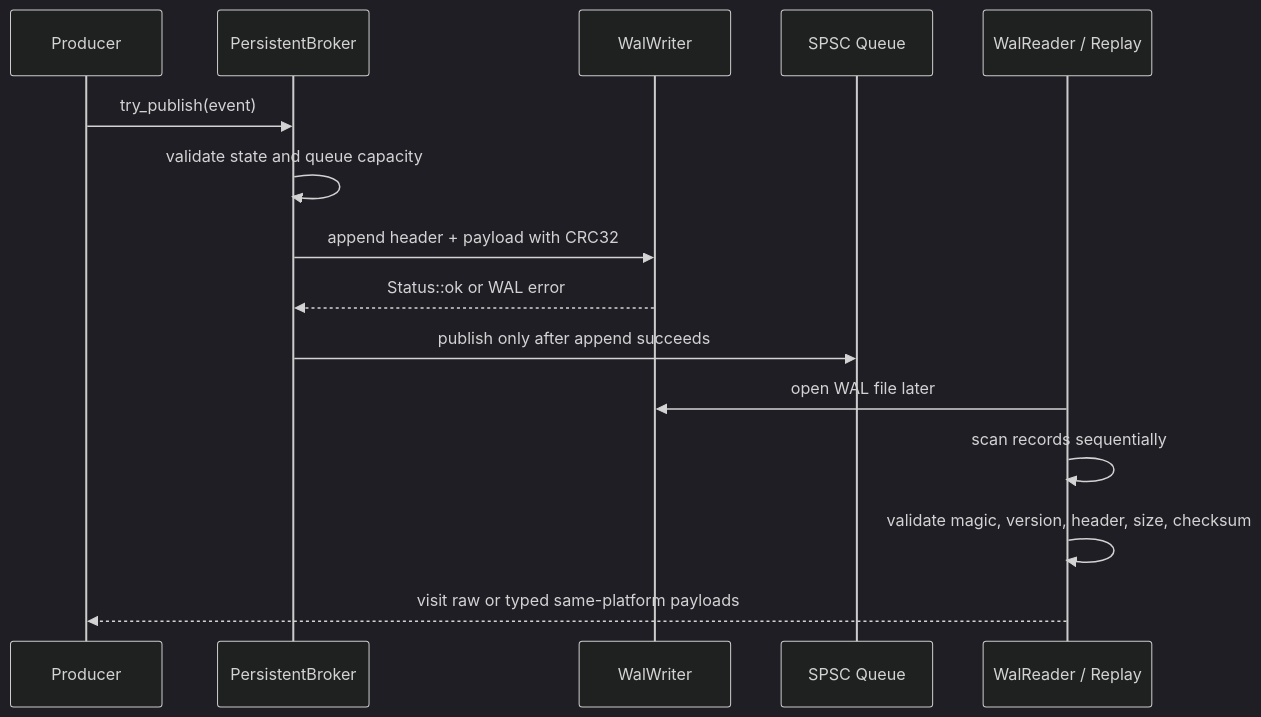
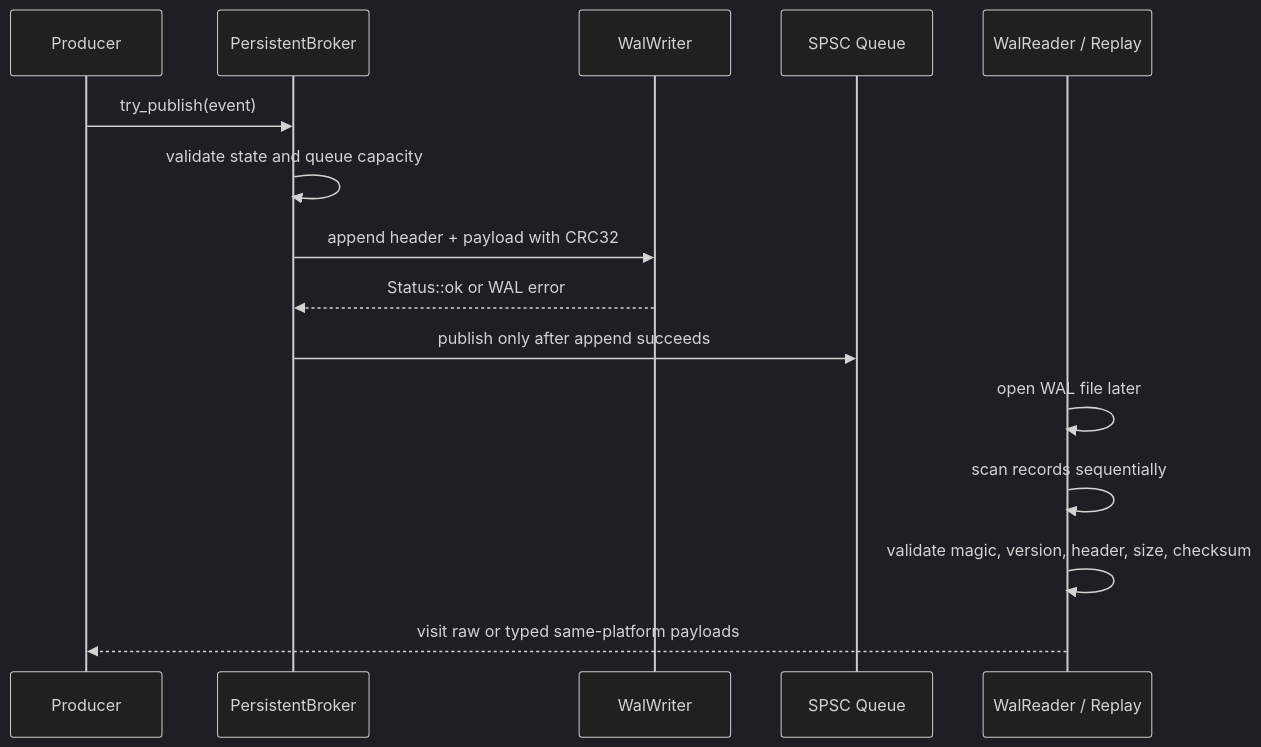
The diagram in docs/wal-format.md (AyushmanRaha/Aether-Stream), drawn with Mermaid (dark theme) before and after one commit. The commit also changed other lines of this file and 22 other files, not shown here.

````diff
--- a/docs/wal-format.md
+++ b/docs/wal-format.md
@@ -48,18 +50,18 @@
 ```mermaid
 sequenceDiagram
     participant P as Producer
     participant PB as PersistentBroker
     participant W as WalWriter
     participant Q as SPSC Queue
     participant R as WalReader / Replay
 
     P->>PB: try_publish(event)
     PB->>PB: validate state and queue capacity
     PB->>W: append header + payload with CRC32
     W-->>PB: Status::ok or WAL error
     PB->>Q: publish only after append succeeds
-    R->>W: open WAL file later
+    R->>R: open WAL file later
     R->>R: scan records sequentially
     R->>R: validate magic, version, header, size, checksum
     R-->>P: visit raw or typed same-platform payloads
 ```
````
